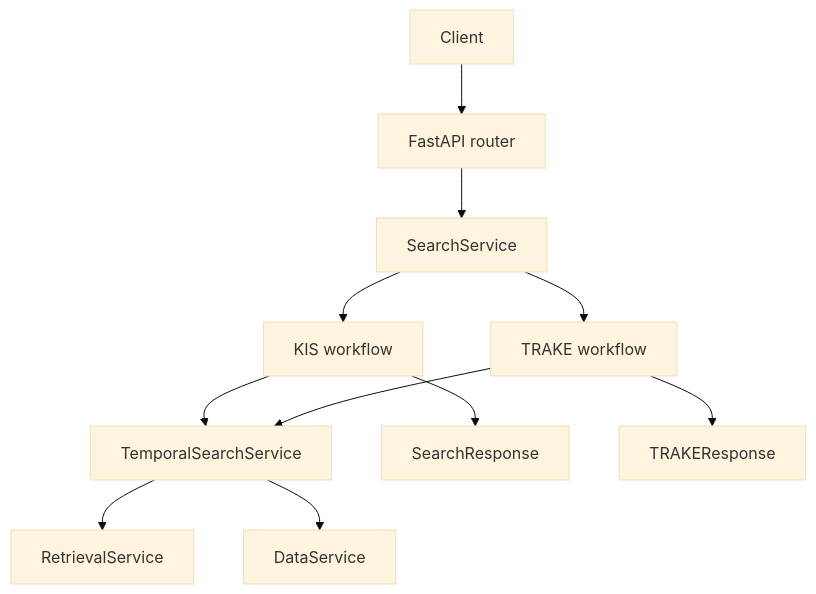
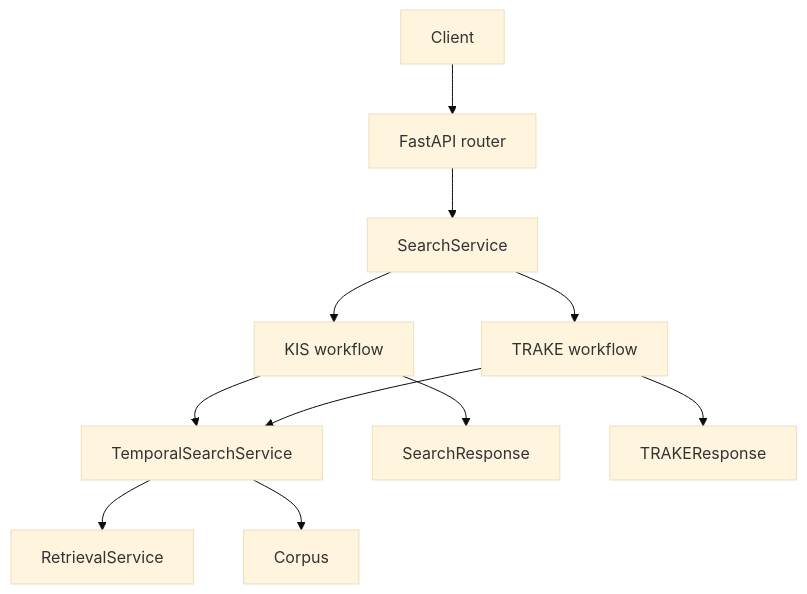
The diagram in src/hcmai/README.md (khang1108/MLeCDanBGold), drawn with Mermaid (base theme) before and after one commit. The commit also changed other lines of this file and 45 other files, not shown here.

````diff
--- a/src/hcmai/README.md
+++ b/src/hcmai/README.md
@@ -26,13 +26,13 @@
 ```mermaid
 flowchart TB
     CLIENT[Client] --> API[FastAPI router]
     API --> SERVICE[SearchService]
     SERVICE --> KIS[KIS workflow]
     SERVICE --> TRAKE[TRAKE workflow]
     KIS --> ALIGN[TemporalSearchService]
     TRAKE --> ALIGN
     ALIGN --> RET[RetrievalService]
-    ALIGN --> DATA[DataService]
+    ALIGN --> DATA[Corpus]
     KIS --> KOUT[SearchResponse]
     TRAKE --> TOUT[TRAKEResponse]
 ```
````
